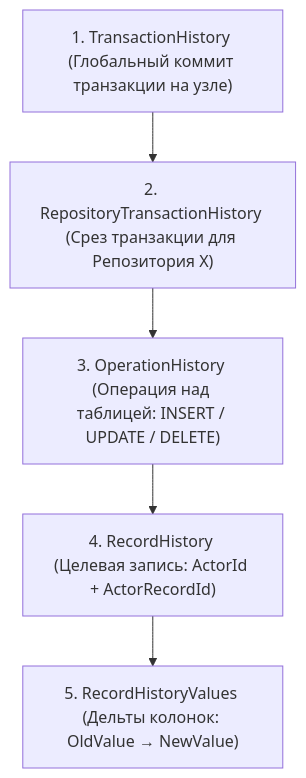
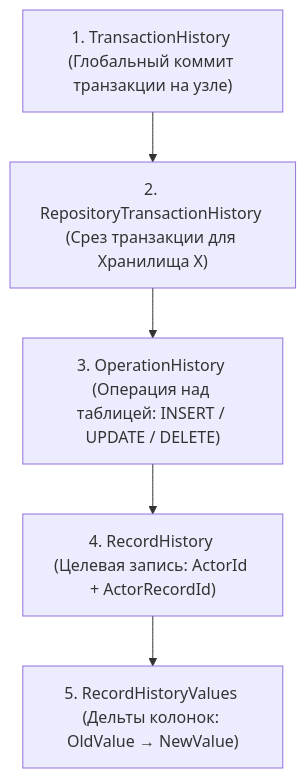
Before and after one commit to Data-Independence-Network/presentations: the eighth of 11 diagrams in architecture_presentations/02_leaf_storage_engine/docs/presentation_deck.md, drawn with Mermaid. The commit also changed other lines of this file and 28 other files, not shown here.

```diff
--- a/architecture_presentations/02_leaf_storage_engine/docs/presentation_deck.md
+++ b/architecture_presentations/02_leaf_storage_engine/docs/presentation_deck.md
@@ -556,13 +556,13 @@
         <div class="mermaid">
 graph TD
     L1["1. TransactionHistory (Глобальный коммит транзакции на узле)"]
-    L2["2. RepositoryTransactionHistory (Срез транзакции для Репозитория X)"]
+    L2["2. RepositoryTransactionHistory (Срез транзакции для Хранилища X)"]
     L3["3. OperationHistory (Операция над таблицей: INSERT / UPDATE / DELETE)"]
     L4["4. RecordHistory (Целевая запись: ActorId + ActorRecordId)"]
     L5["5. RecordHistoryValues (Дельты колонок: OldValue &rarr; NewValue)"]
 
     L1 --> L2
     L2 --> L3
     L3 --> L4
     L4 --> L5
         </div>
```
